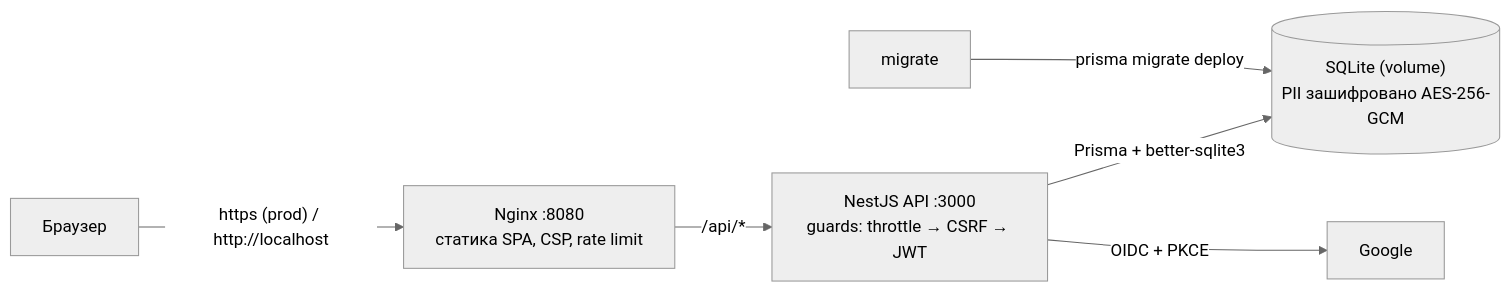
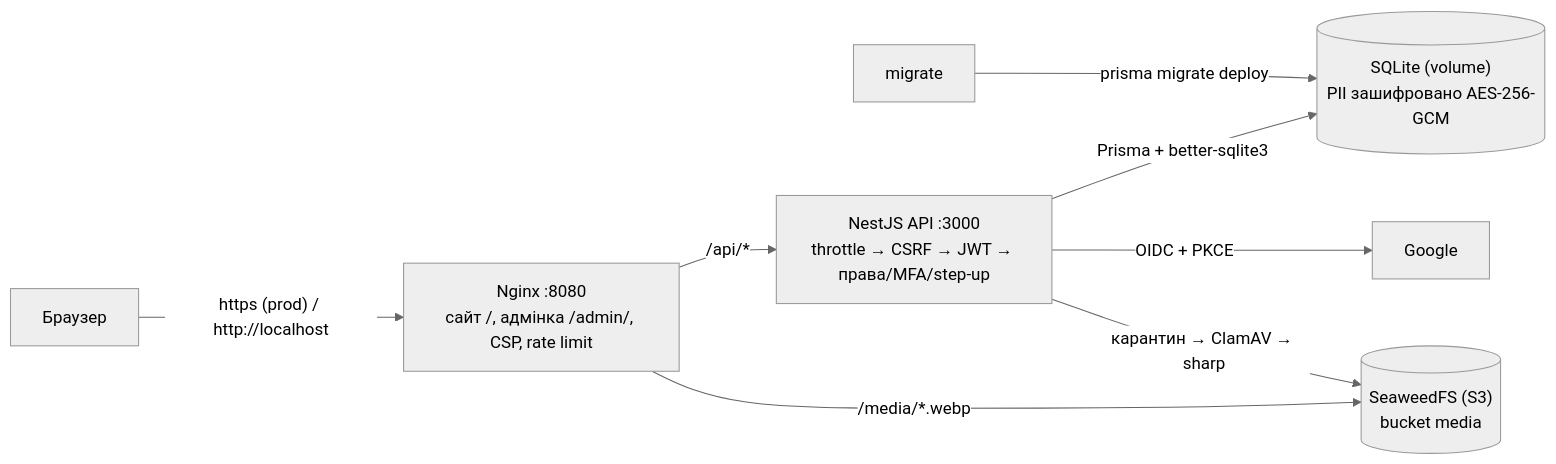
Before and after one commit to asmabytecode/yet-to-be: the diagram in README.md, drawn with Mermaid (neutral theme). The commit also changed other lines of this file and 11 other files, not shown here.

````diff
--- a/README.md
+++ b/README.md
@@ -23,8 +30,10 @@
 ```mermaid
 flowchart LR
-  B[Браузер] -- "https (prod) / http://localhost" --> N["Nginx :8080<br/>статика SPA, CSP, rate limit"]
-  N -- "/api/*" --> A["NestJS API :3000<br/>guards: throttle → CSRF → JWT"]
+  B[Браузер] -- "https (prod) / http://localhost" --> N["Nginx :8080<br/>сайт /, адмінка /admin/, CSP, rate limit"]
+  N -- "/api/*" --> A["NestJS API :3000<br/>throttle → CSRF → JWT → права/MFA/step-up"]
+  N -- "/media/*.webp" --> S[("SeaweedFS (S3)<br/>bucket media")]
   A -- "Prisma + better-sqlite3" --> D[("SQLite (volume)<br/>PII зашифровано AES-256-GCM")]
+  A -- "карантин → ClamAV → sharp" --> S
   A -- "OIDC + PKCE" --> G[Google]
   M[migrate] -- "prisma migrate deploy" --> D
 ```
````
